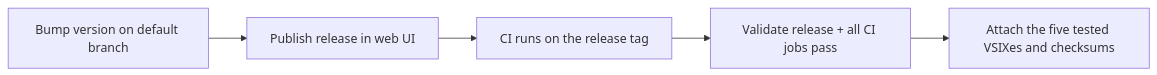
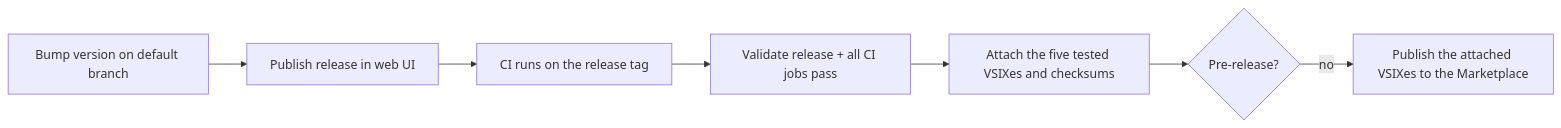
Before and after one commit to klcheungaj/vscode-hdlsupport: the diagram in doc/releasing.md, drawn with Mermaid. The commit also changed other lines of this file and 3 other files, not shown here.

First line of the commit message:
Publish released VSIXes to the Marketplace with Trusted Publishing

````diff
--- a/doc/releasing.md
+++ b/doc/releasing.md
@@ -65,7 +68,9 @@
 ```mermaid
 flowchart LR
     A[Bump version on default branch] --> B[Publish release in web UI]
     B --> C[CI runs on the release tag]
     C --> D[Validate release + all CI jobs pass]
     D --> E[Attach the five tested VSIXes and checksums]
+    E --> F{Pre-release?}
+    F -- no --> G[Publish the attached VSIXes to the Marketplace]
 ```
````
